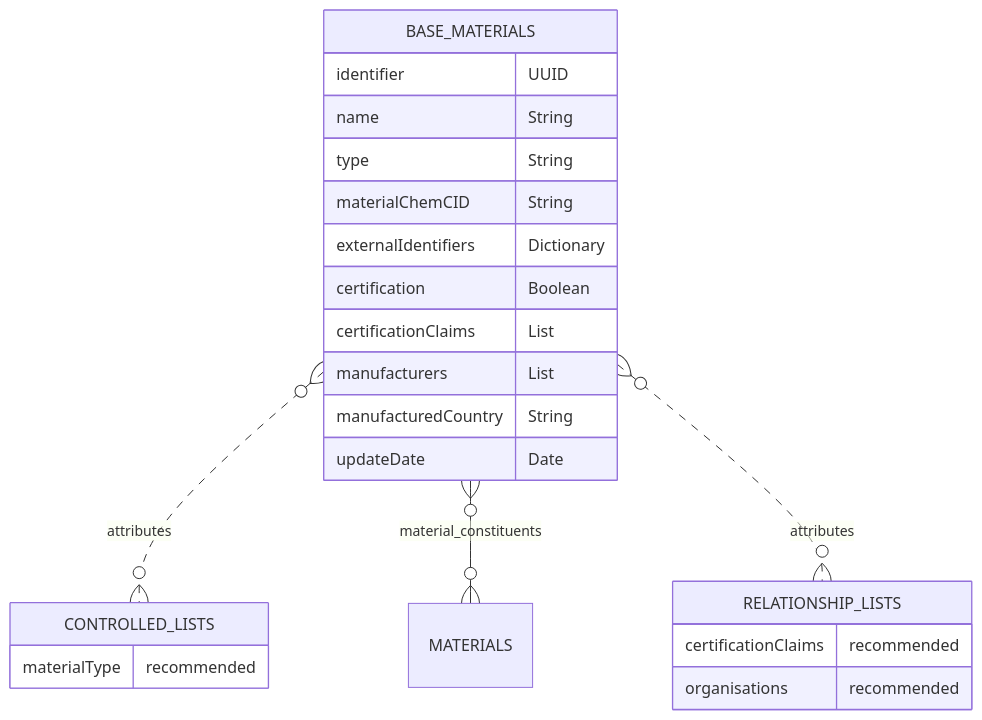
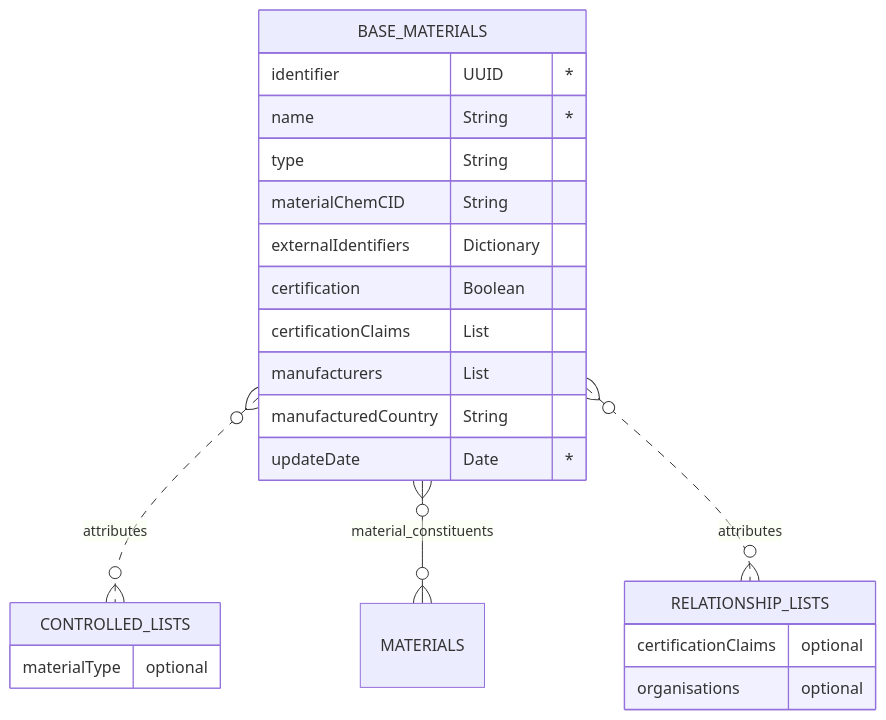
Before and after one commit to OpenDataManchester/Open3P: the diagram in docs/3_Data_Specification/3_1_Base_Materials.md, drawn with Mermaid. The commit also changed other lines of this file, not shown here.

Commit message:
Requ --> Mand, Recc --> Optional, add [*] to table

````diff
--- a/docs/3_Data_Specification/3_1_Base_Materials.md
+++ b/docs/3_Data_Specification/3_1_Base_Materials.md
@@ -31,25 +31,25 @@
 ``` mermaid
 erDiagram
   BASE_MATERIALS {
-    identifier UUID
-    name String
+    identifier UUID "*"
+    name String "*"
     type String
     materialChemCID String
     externalIdentifiers Dictionary
     certification Boolean
     certificationClaims List
     manufacturers List
     manufacturedCountry String
-    updateDate Date
+    updateDate Date "*"
   }
   BASE_MATERIALS }o..o{ CONTROLLED_LISTS : attributes
   BASE_MATERIALS }o--o{ MATERIALS : material_constituents
   BASE_MATERIALS }o..o{ RELATIONSHIP_LISTS : attributes
   CONTROLLED_LISTS {
-    materialType recommended 
+    materialType optional
   }
   RELATIONSHIP_LISTS {
-    certificationClaims recommended
-    organisations recommended
+    certificationClaims optional
+    organisations optional
   }
 ```
````
